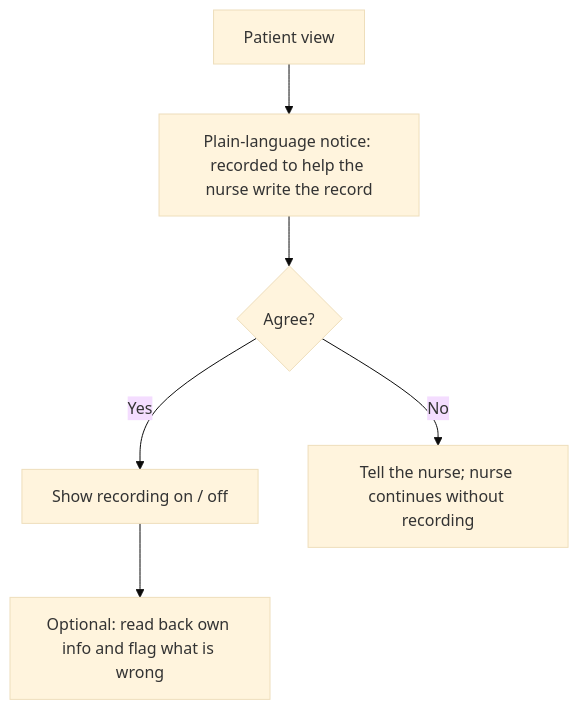
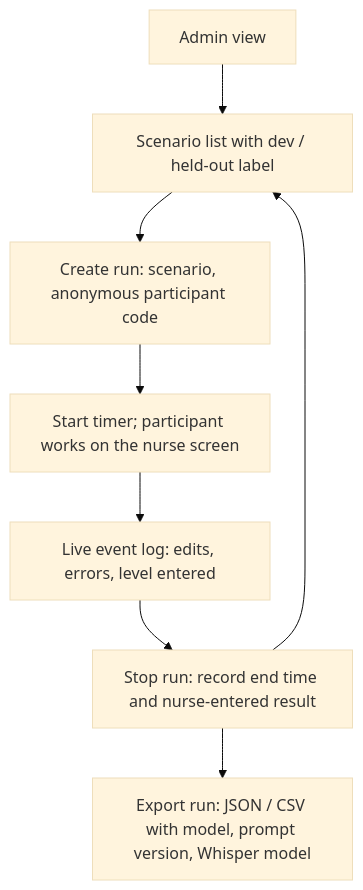
The sixth of 6 diagrams in docs/frontend/USER_FLOW.md (hwupu/115A-535527-AIDLC-Final), drawn with Mermaid (base theme) before and after one commit. The commit also changed other lines of this file and 5 other files, not shown here.

First line of the commit message:
docs: update frontend docs for admin role, patient screen, list and API proposal (#20)

````diff
--- a/docs/frontend/USER_FLOW.md
+++ b/docs/frontend/USER_FLOW.md
@@ -73,8 +105,10 @@
 ```mermaid
 flowchart TD
-    P[Patient view] --> N1[Plain-language notice: recorded to help the nurse write the record]
-    N1 --> C{Agree?}
-    C -->|Yes| S[Show recording on / off]
-    C -->|No| X[Tell the nurse; nurse continues without recording]
-    S --> CH[Optional: read back own info and flag what is wrong]
+    M[Admin view] --> SC[Scenario list with dev / held-out label]
+    SC --> RUN[Create run: scenario, anonymous participant code]
+    RUN --> GO[Start timer; participant works on the nurse screen]
+    GO --> LOG[Live event log: edits, errors, level entered]
+    LOG --> FIN[Stop run: record end time and nurse-entered result]
+    FIN --> EXP[Export run: JSON / CSV with model, prompt version, Whisper model]
+    FIN --> SC
 ```
````
